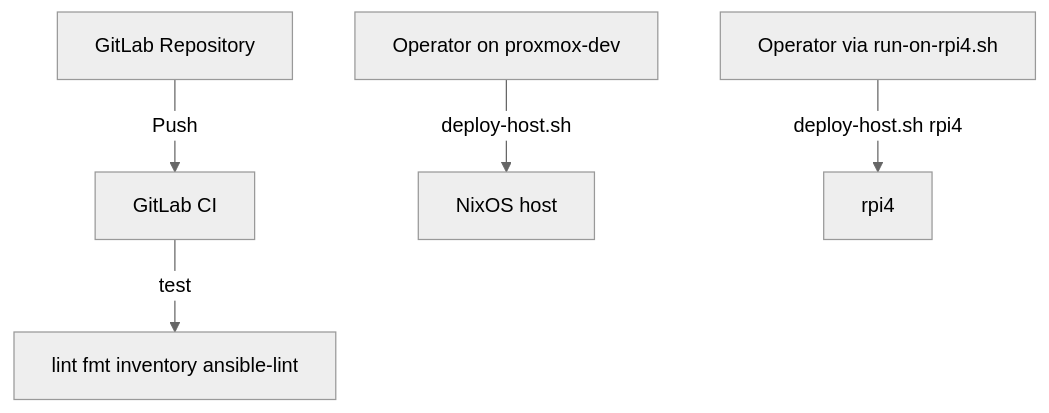
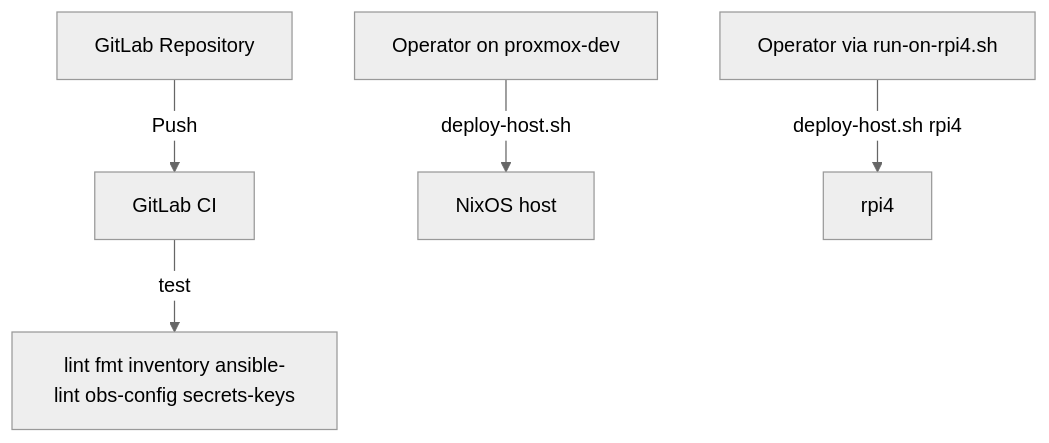
One commit to alexthemayers/nixos-fleet changed the diagram in docs/deployments.md. Above: the diagram before and after it, drawn with Mermaid (neutral theme). The commit also changed other lines of this file and 34 other files, not shown here.

First line of the commit message:
feat: P0 zero-debt — Ansible secrets paths, secrets-keys CI, doc truth

````diff
--- a/docs/deployments.md
+++ b/docs/deployments.md
@@ -17,7 +17,7 @@
 ```mermaid
 graph TD
     GitLab[GitLab Repository] -->|Push| CI[GitLab CI]
-    CI -->|test| Gate[lint fmt inventory ansible-lint]
+    CI -->|test| Gate[lint fmt inventory ansible-lint obs-config secrets-keys]
     Op[Operator on proxmox-dev] -->|deploy-host.sh| Host[NixOS host]
     OpPi[Operator via run-on-rpi4.sh] -->|deploy-host.sh rpi4| Pi[rpi4]
 ```
````
